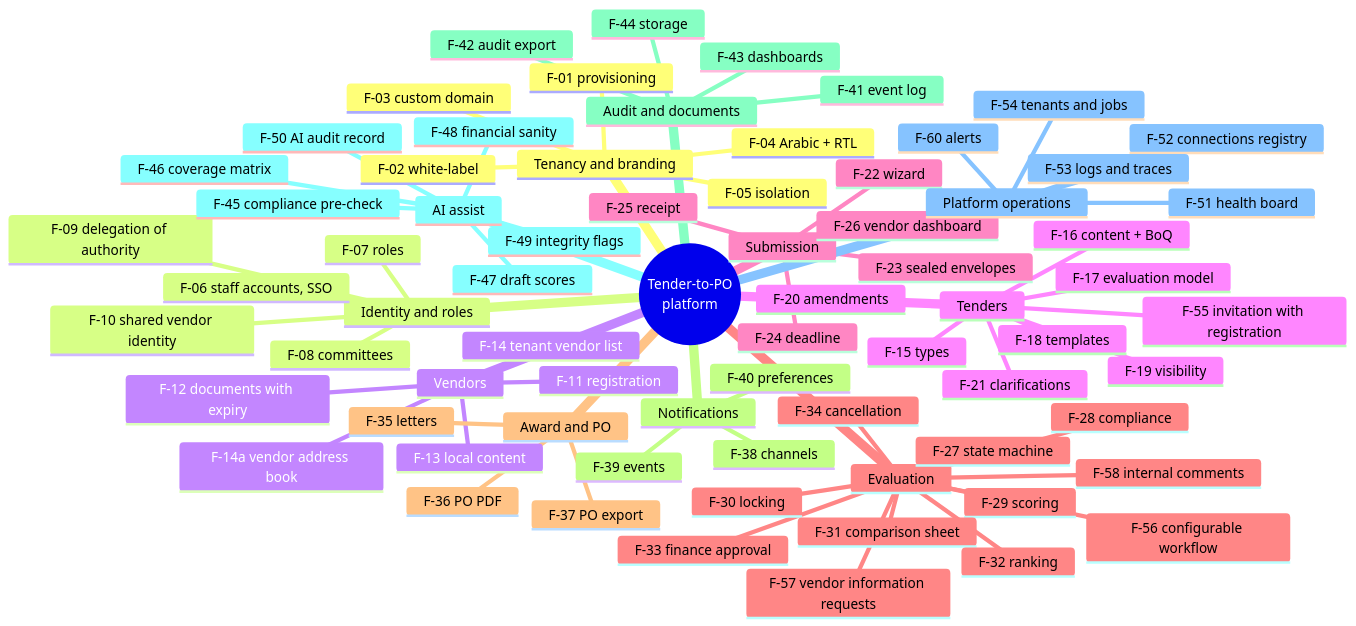
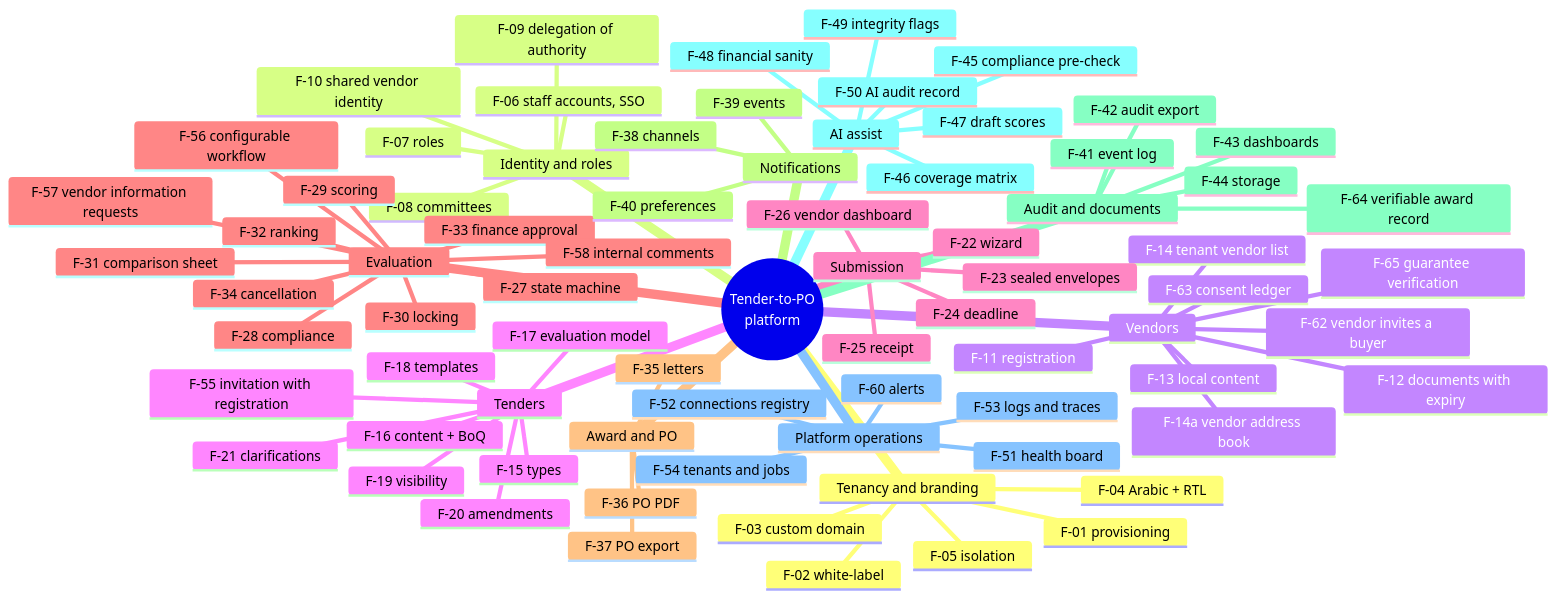
Diagram 13 of 13 in docs/03-diagrams.md (AhmedAssaf/ERP), drawn with Mermaid before and after one commit. The commit also changed 13 other files, not shown here.

````diff
--- a/docs/03-diagrams.md
+++ b/docs/03-diagrams.md
@@ -507,75 +507,79 @@
 ```mermaid
 mindmap
   root((Tender-to-PO<br/>platform))
     Tenancy and branding
       F-01 provisioning
       F-02 white-label
       F-03 custom domain
       F-04 Arabic + RTL
       F-05 isolation
     Identity and roles
       F-06 staff accounts, SSO
       F-07 roles
       F-08 committees
       F-09 delegation of authority
       F-10 shared vendor identity
     Vendors
       F-11 registration
       F-12 documents with expiry
       F-13 local content
       F-14 tenant vendor list
       F-14a vendor address book
+      F-62 vendor invites a buyer
+      F-63 consent ledger
+      F-65 guarantee verification
     Tenders
       F-15 types
       F-16 content + BoQ
       F-17 evaluation model
       F-18 templates
       F-19 visibility
       F-20 amendments
       F-21 clarifications
       F-55 invitation with registration
     Submission
       F-22 wizard
       F-23 sealed envelopes
       F-24 deadline
       F-25 receipt
       F-26 vendor dashboard
     Evaluation
       F-27 state machine
       F-56 configurable workflow
       F-28 compliance
       F-29 scoring
       F-30 locking
       F-31 comparison sheet
       F-32 ranking
       F-33 finance approval
       F-34 cancellation
       F-57 vendor information requests
       F-58 internal comments
     Award and PO
       F-35 letters
       F-36 PO PDF
       F-37 PO export
     Notifications
       F-38 channels
       F-39 events
       F-40 preferences
     Audit and documents
       F-41 event log
       F-42 audit export
+      F-64 verifiable award record
       F-43 dashboards
       F-44 storage
     AI assist
       F-45 compliance pre-check
       F-46 coverage matrix
       F-47 draft scores
       F-48 financial sanity
       F-49 integrity flags
       F-50 AI audit record
     Platform operations
       F-51 health board
       F-52 connections registry
       F-53 logs and traces
       F-54 tenants and jobs
       F-60 alerts
 ```
````
